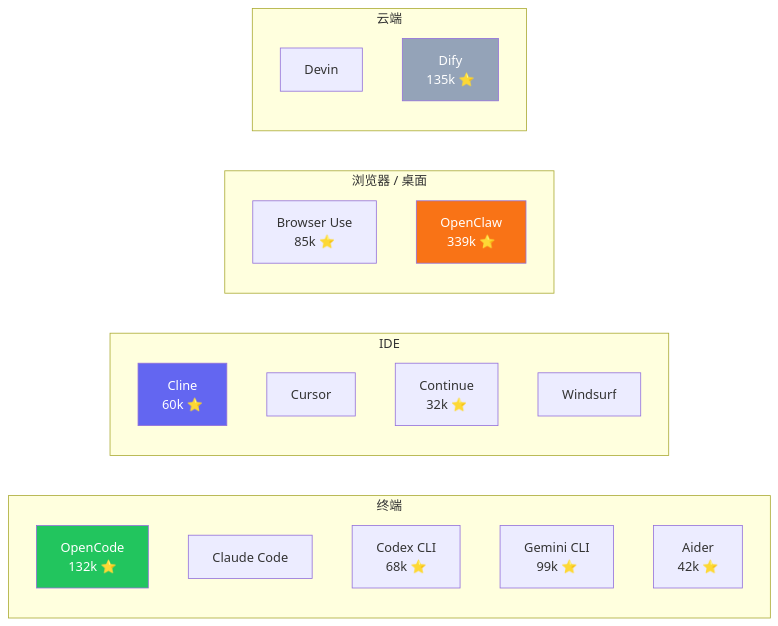
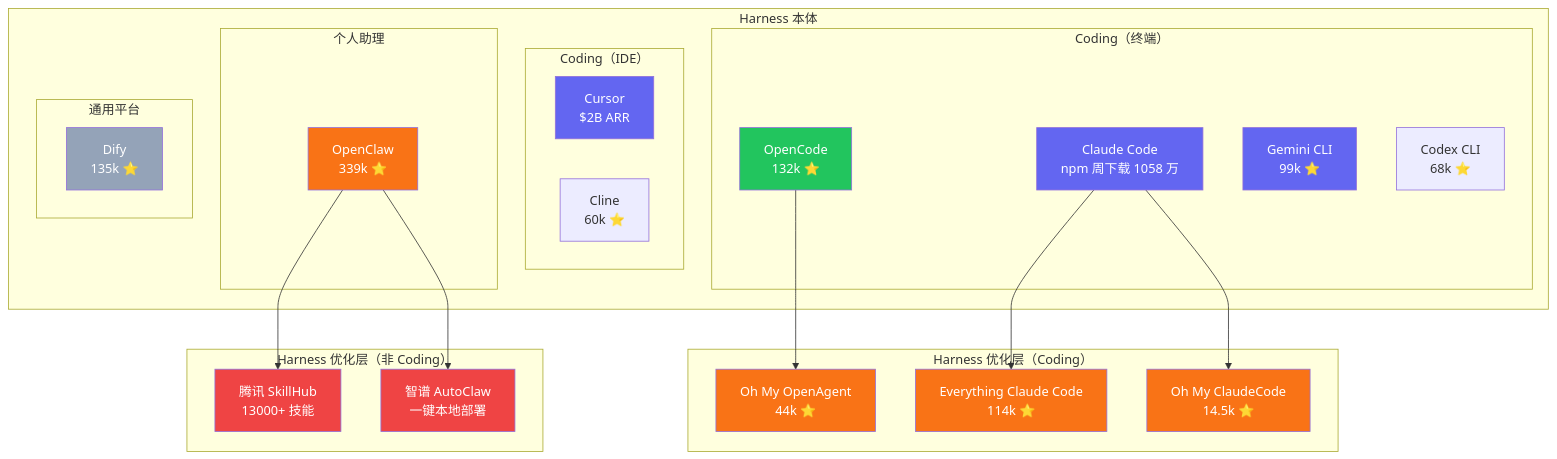
Before and after one commit to Trashwbin/quill: the diagram in content/zh/posts/harness-ecosystem-competition.md, drawn with Mermaid. The commit also changed other lines of this file and 2 other files, not shown here.

Commit message:
style: mermaid full display without overflow constraints

````diff
--- a/content/zh/posts/harness-ecosystem-competition.md
+++ b/content/zh/posts/harness-ecosystem-competition.md
@@ -44,32 +19,53 @@
 ```mermaid
-graph LR
-    subgraph "终端"
-        T1[OpenCode<br/>132k ⭐]
-        T2[Claude Code]
-        T3[Codex CLI<br/>68k ⭐]
-        T4[Gemini CLI<br/>99k ⭐]
-        T5[Aider<br/>42k ⭐]
+graph TB
+    subgraph "Harness 本体"
+        subgraph "Coding（终端）"
+            A1[OpenCode<br/>132k ⭐]
+            A2[Claude Code<br/>npm 周下载 1058 万]
+            A3[Gemini CLI<br/>99k ⭐]
+            A4[Codex CLI<br/>68k ⭐]
+        end
+
+        subgraph "Coding（IDE）"
+            B1[Cursor<br/>$2B ARR]
+            B2[Cline<br/>60k ⭐]
+        end
+
+        subgraph "个人助理"
+            C1[OpenClaw<br/>339k ⭐]
+        end
+
+        subgraph "通用平台"
+            D1[Dify<br/>135k ⭐]
+        end
     end
 
-    subgraph "IDE"
-        I1[Cline<br/>60k ⭐]
-        I2[Cursor]
-        I3[Continue<br/>32k ⭐]
-        I4[Windsurf]
+    subgraph "Harness 优化层（Coding）"
+        E1[Everything Claude Code<br/>114k ⭐]
+        E2[Oh My OpenAgent<br/>44k ⭐]
+        E3[Oh My ClaudeCode<br/>14.5k ⭐]
     end
 
-    subgraph "浏览器 / 桌面"
-        B1[Browser Use<br/>85k ⭐]
-        B2[OpenClaw<br/>339k ⭐]
+    subgraph "Harness 优化层（非 Coding）"
+        F1[腾讯 SkillHub<br/>13000+ 技能]
+        F4[智谱 AutoClaw<br/>一键本地部署]
     end
 
-    subgraph "云端"
-        C1[Devin]
-        C2[Dify<br/>135k ⭐]
-    end
+    A1 --> E2
+    A2 --> E1
+    A2 --> E3
+    C1 --> F1
+    C1 --> F4
 
-    style T1 fill:#22c55e,color:#fff
-    style I1 fill:#6366f1,color:#fff
-    style B2 fill:#f97316,color:#fff
-    style C2 fill:#94a3b8,color:#fff
+    style A1 fill:#22c55e,color:#fff
+    style A2 fill:#6366f1,color:#fff
+    style A3 fill:#6366f1,color:#fff
+    style B1 fill:#6366f1,color:#fff
+    style C1 fill:#f97316,color:#fff
+    style D1 fill:#94a3b8,color:#fff
+    style E1 fill:#f97316,color:#fff
+    style E2 fill:#f97316,color:#fff
+    style E3 fill:#f97316,color:#fff
+    style F1 fill:#ef4444,color:#fff
+    style F4 fill:#ef4444,color:#fff
 ```
````
